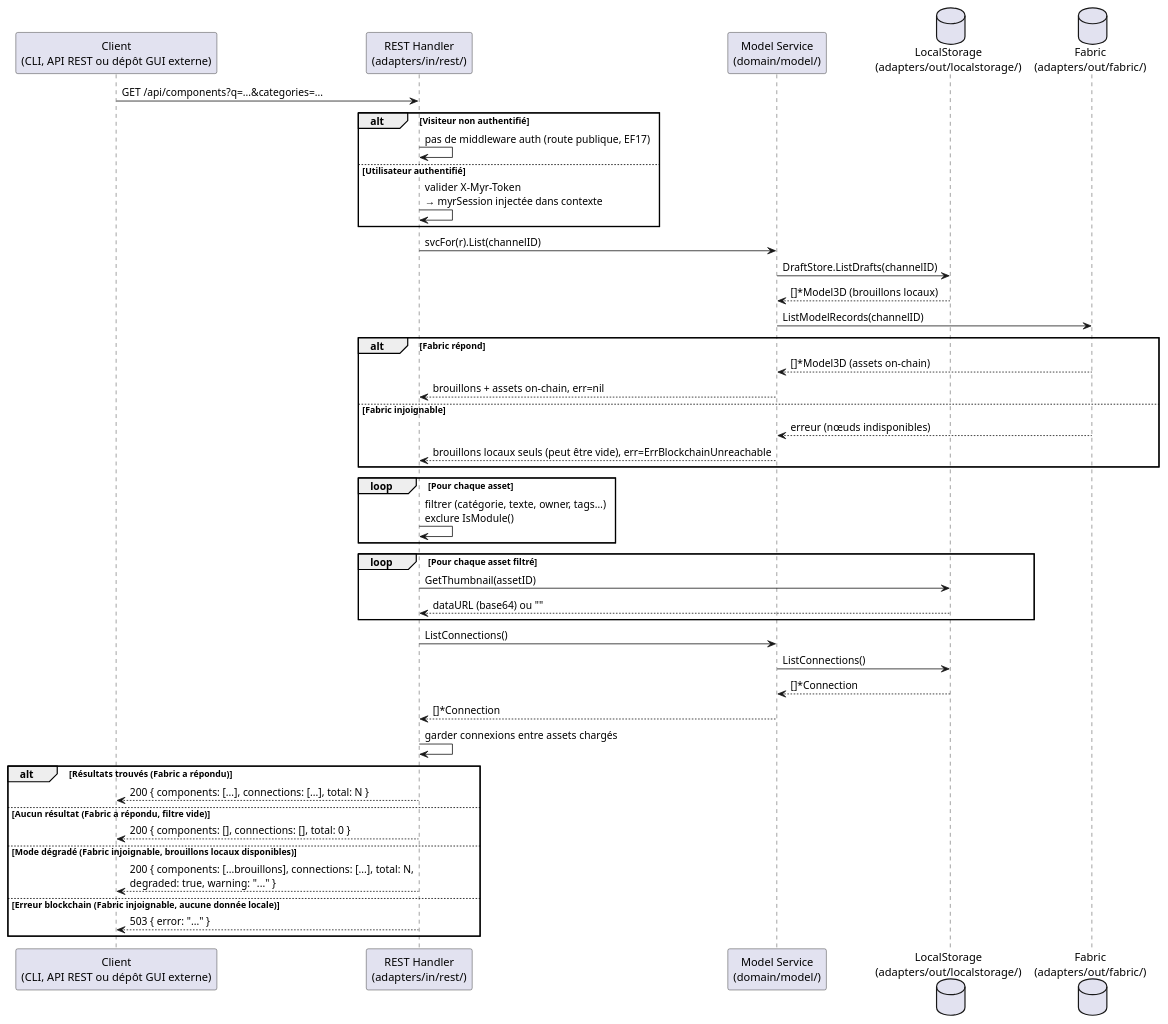
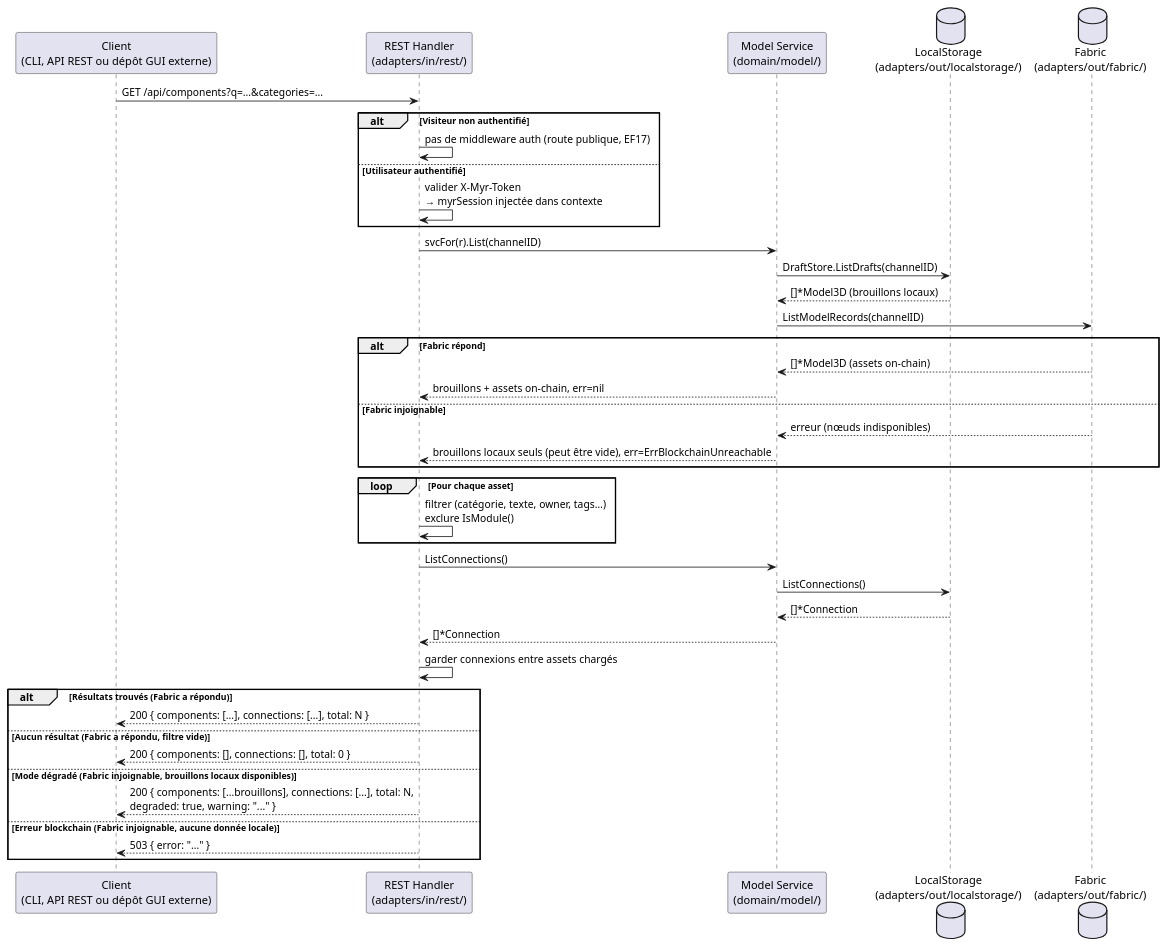
The second of 2 diagrams in specs/2-Analyse/UCCL-Composant_Lecture/UCCL01.md (myr-forge/myr-core), drawn with PlantUML before and after one commit. The commit also changed other lines of this file and 56 other files, not shown here.

````diff
--- a/specs/2-Analyse/UCCL-Composant_Lecture/UCCL01.md
+++ b/specs/2-Analyse/UCCL-Composant_Lecture/UCCL01.md
@@ -199,57 +199,52 @@
 ```plantuml
 @startuml
 participant "Client\n(CLI, API REST ou dépôt GUI externe)" as Browser
 participant "REST Handler\n(adapters/in/rest/)" as REST
 participant "Model Service\n(domain/model/)" as Service
 database "LocalStorage\n(adapters/out/localstorage/)" as Local
 database "Fabric\n(adapters/out/fabric/)" as Fabric
 
 Browser -> REST : GET /api/components?q=...&categories=...
 
 alt Visiteur non authentifié
     REST -> REST : pas de middleware auth (route publique, EF17)
 else Utilisateur authentifié
     REST -> REST : valider X-Myr-Token\n→ myrSession injectée dans contexte
 end
 
 REST -> Service : svcFor(r).List(channelID)
 Service -> Local : DraftStore.ListDrafts(channelID)
 Local --> Service : []*Model3D (brouillons locaux)
 Service -> Fabric : ListModelRecords(channelID)
 
 alt Fabric répond
     Fabric --> Service : []*Model3D (assets on-chain)
     Service --> REST : brouillons + assets on-chain, err=nil
 else Fabric injoignable
     Fabric --> Service : erreur (nœuds indisponibles)
     Service --> REST : brouillons locaux seuls (peut être vide), err=ErrBlockchainUnreachable
 end
 
 loop Pour chaque asset
     REST -> REST : filtrer (catégorie, texte, owner, tags…)\nexclure IsModule()
 end
 
-loop Pour chaque asset filtré
-    REST -> Local : GetThumbnail(assetID)
-    Local --> REST : dataURL (base64) ou ""
-end
-
 REST -> Service : ListConnections()
 Service -> Local : ListConnections()
 Local --> Service : []*Connection
 Service --> REST : []*Connection
 
 REST -> REST : garder connexions entre assets chargés
 
 alt Résultats trouvés (Fabric a répondu)
     REST --> Browser : 200 { components: [...], connections: [...], total: N }
 else Aucun résultat (Fabric a répondu, filtre vide)
     REST --> Browser : 200 { components: [], connections: [], total: 0 }
 else Mode dégradé (Fabric injoignable, brouillons locaux disponibles)
     REST --> Browser : 200 { components: [...brouillons], connections: [...], total: N,\ndegraded: true, warning: "..." }
 else Erreur blockchain (Fabric injoignable, aucune donnée locale)
     REST --> Browser : 503 { error: "..." }
 end
 
 @enduml
 ```
````
